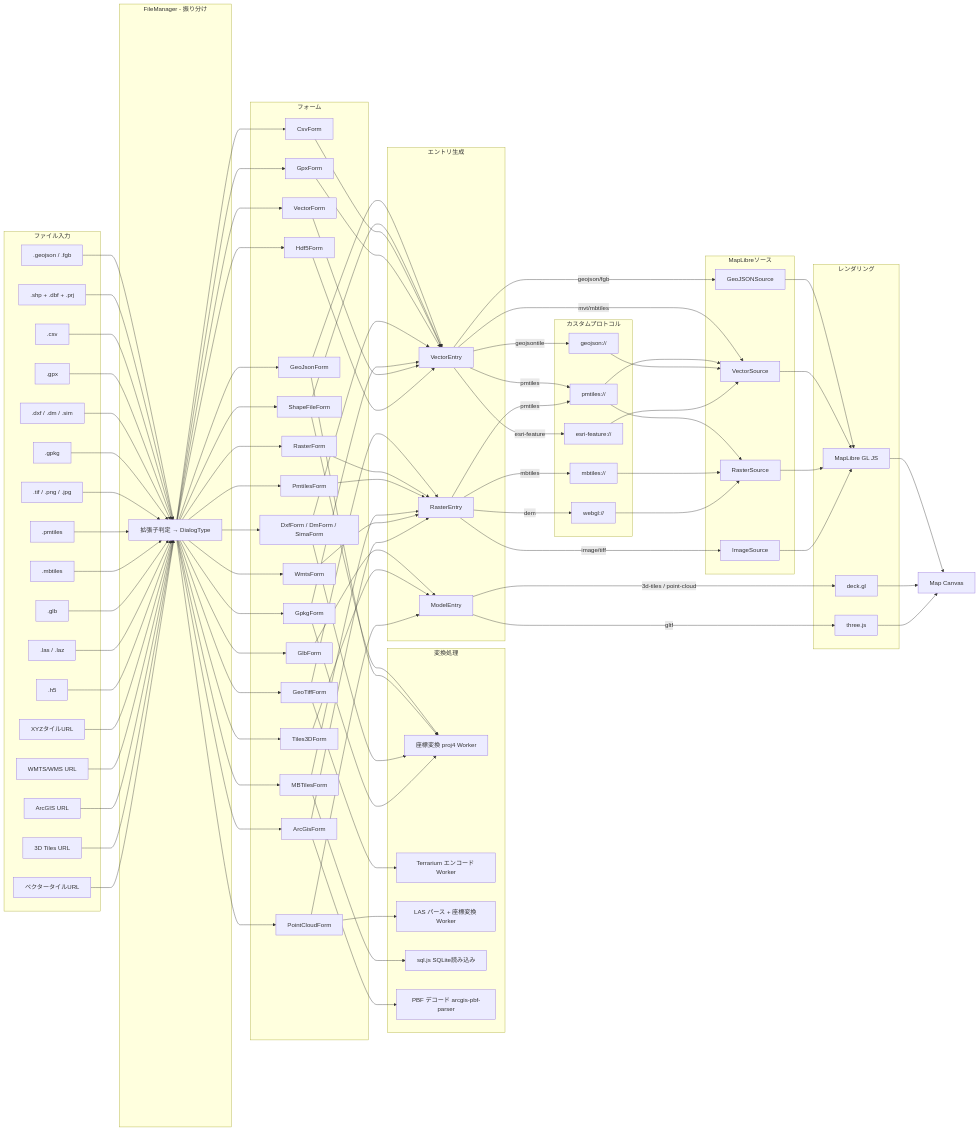
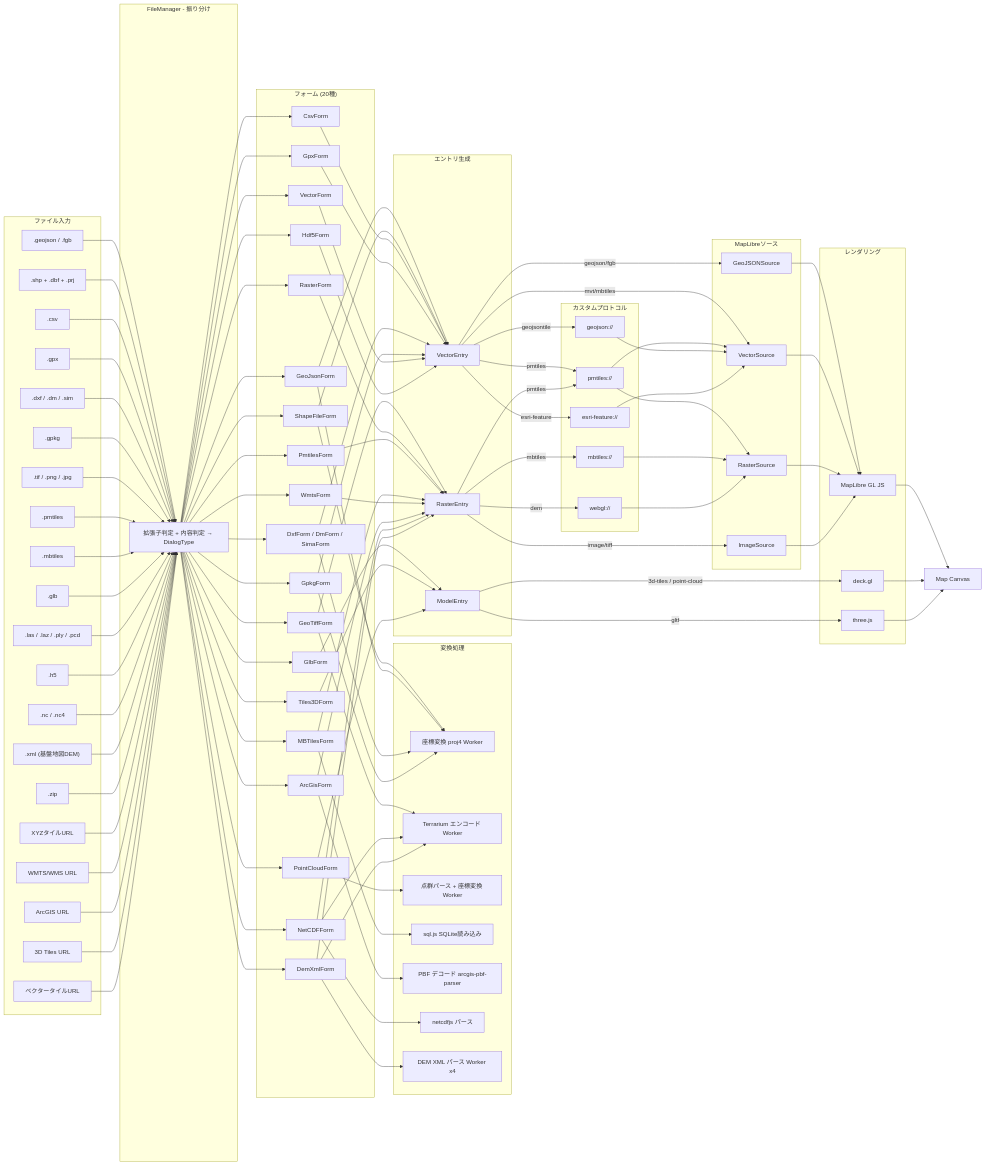
The diagram in docs/data-pipeline.md (forestacdev/morivis), drawn with Mermaid before and after one commit. The commit also changed other lines of this file and 1 other file, not shown here.

```diff
--- a/docs/data-pipeline.md
+++ b/docs/data-pipeline.md
@@ -17,8 +17,11 @@
         F8[".pmtiles"]
         F9[".mbtiles"]
         F10[".glb"]
-        F11[".las / .laz"]
+        F11[".las / .laz / .ply / .pcd"]
         F12[".h5"]
+        F13[".nc / .nc4"]
+        F14[".xml (基盤地図DEM)"]
+        F15[".zip"]
         U1["XYZタイルURL"]
         U2["WMTS/WMS URL"]
         U3["ArcGIS URL"]
@@ -27,10 +30,10 @@
     end
 
     subgraph Routing["FileManager - 振り分け"]
-        FM["拡張子判定 → DialogType"]
+        FM["拡張子判定 + 内容判定 → DialogType"]
     end
 
-    subgraph Forms["フォーム"]
+    subgraph Forms["フォーム (20種)"]
         GJF["GeoJsonForm"]
         SHF["ShapeFileForm"]
         CSV["CsvForm"]
@@ -48,14 +51,18 @@
         ARC["ArcGisForm"]
         VCF["VectorForm"]
         H5F["Hdf5Form"]
+        NCF["NetCDFForm"]
+        DXM["DemXmlForm"]
     end
 
     subgraph Transform["変換処理"]
         PRJ["座標変換 proj4 Worker"]
         TER["Terrarium エンコード Worker"]
-        LAS["LAS パース + 座標変換 Worker"]
+        PCS["点群パース + 座標変換 Worker"]
         SQL["sql.js SQLite読み込み"]
         PBF["PBF デコード arcgis-pbf-parser"]
+        NCP["netcdfjs パース"]
+        DXP["DEM XML パース Worker x4"]
     end
 
     subgraph Entries["エントリ生成"]
@@ -87,19 +94,21 @@
 
     CV["Map Canvas"]
 
-    F1 & F2 & F3 & F4 & F5 & F6 & F7 & F8 & F9 & F10 & F11 & F12 --> FM
+    F1 & F2 & F3 & F4 & F5 & F6 & F7 & F8 & F9 & F10 & F11 & F12 & F13 & F14 & F15 --> FM
     U1 & U2 & U3 & U4 & U5 --> FM
 
-    FM --> GJF & SHF & CSV & GPX & DXF & GPK & GTF & RSF & PMF & MBF & GLB & T3D & PCF & WMT & ARC & VCF & H5F
+    FM --> GJF & SHF & CSV & GPX & DXF & GPK & GTF & RSF & PMF & MBF & GLB & T3D & PCF & WMT & ARC & VCF & H5F & NCF & DXM
 
     SHF & GJF & DXF & GPK --> PRJ
-    GTF --> TER
-    PCF --> LAS
+    GTF & NCF & DXM --> TER
+    PCF --> PCS
     MBF --> SQL
     ARC --> PBF
+    NCF --> NCP
+    DXM --> DXP
 
     GJF & SHF & CSV & GPX & DXF & GPK & VCF & H5F --> VE
-    GTF & RSF & PMF & MBF & WMT & ARC --> RE
+    GTF & RSF & PMF & MBF & WMT & ARC & NCF & DXM --> RE
     GLB & T3D & PCF --> ME
 
     VE -->|geojson/fgb| GJS
```
